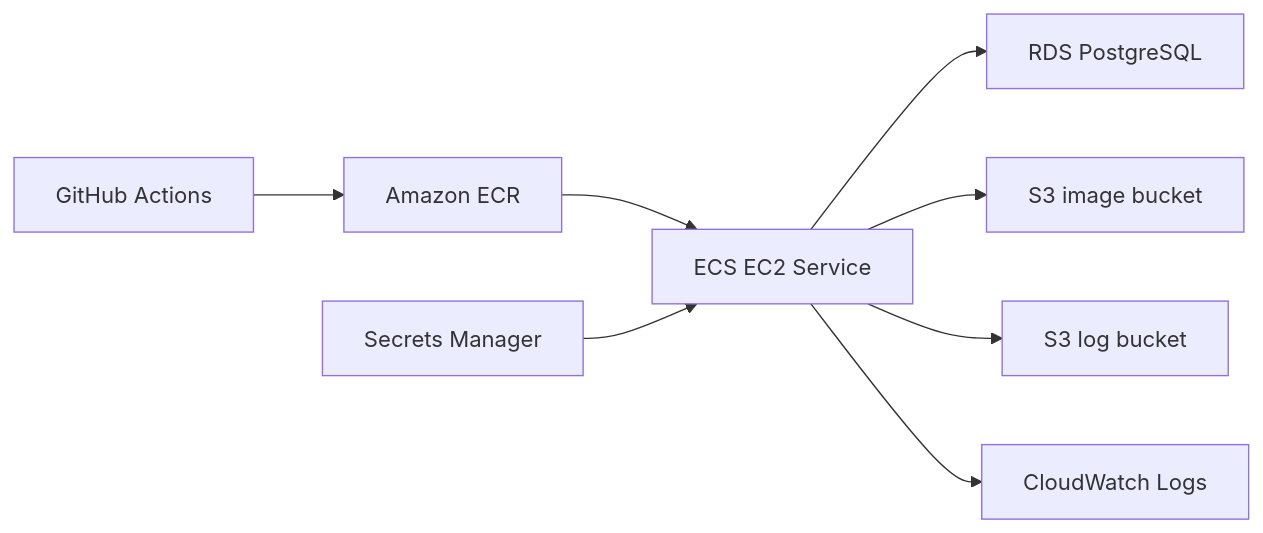
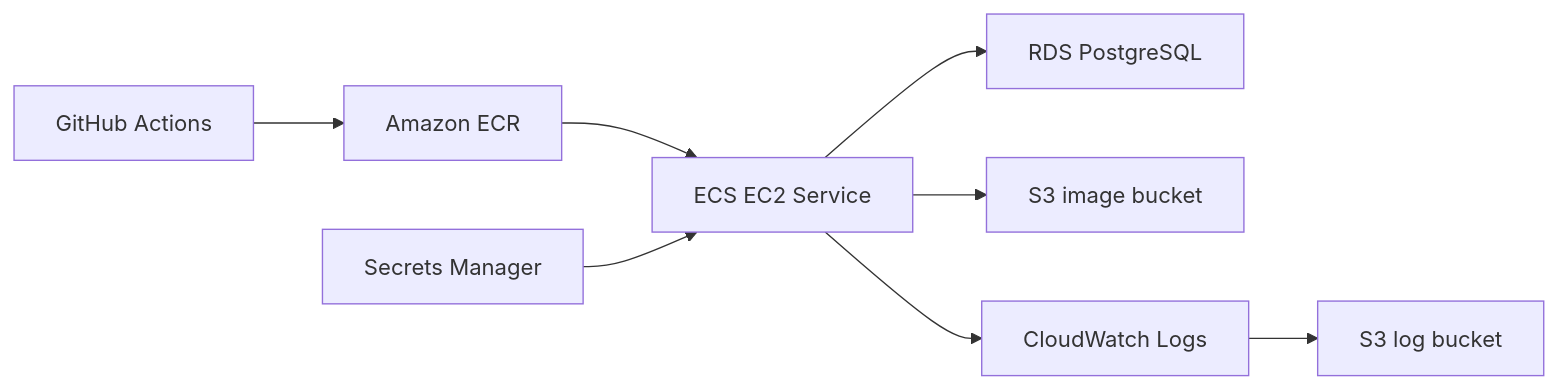
Before and after one commit to sprint-sb09-part03-team02/sb09-deokhugam-team02: the diagram in deokhugam/docs/AWS_DEPLOYMENT.md, drawn with Mermaid. The commit also changed other lines of this file and 7 other files, not shown here.

````diff
--- a/deokhugam/docs/AWS_DEPLOYMENT.md
+++ b/deokhugam/docs/AWS_DEPLOYMENT.md
@@ -7,10 +7,10 @@
 ```mermaid
 flowchart LR
   GH["GitHub Actions"] --> ECR["Amazon ECR"]
   ECR --> ECS["ECS EC2 Service"]
   ECS --> RDS["RDS PostgreSQL"]
   ECS --> S3IMG["S3 image bucket"]
-  ECS --> S3LOG["S3 log bucket"]
   ECS --> CW["CloudWatch Logs"]
+  CW --> S3LOG["S3 log bucket"]
   SM["Secrets Manager"] --> ECS
 ```
````
